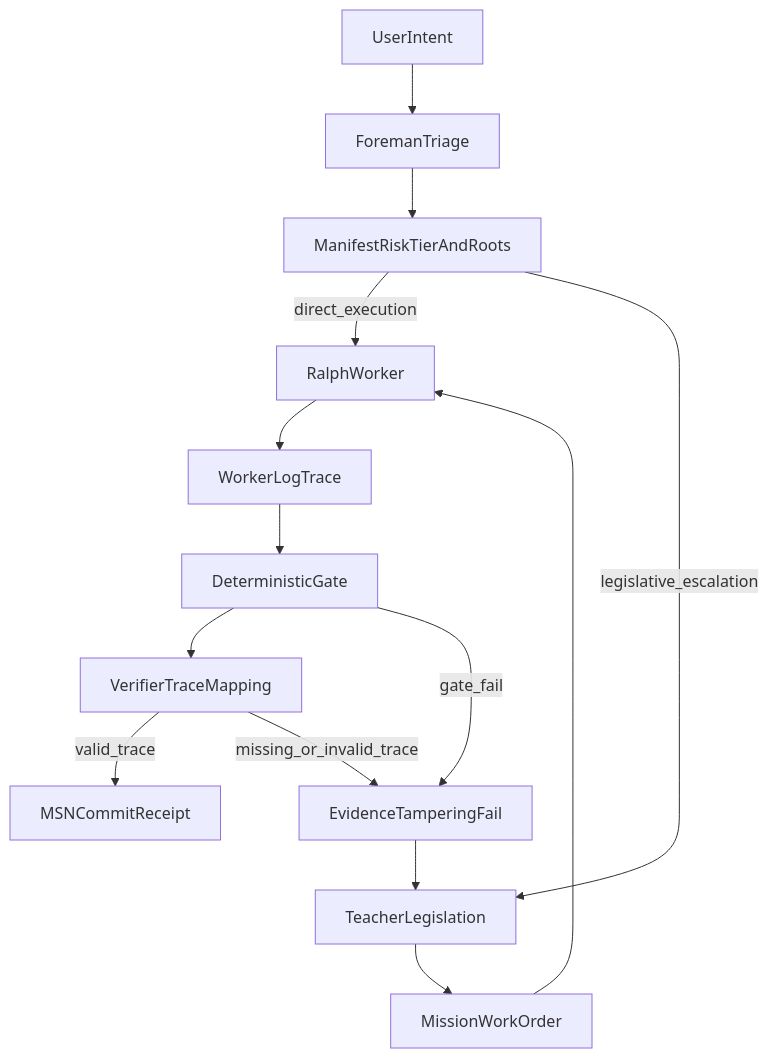
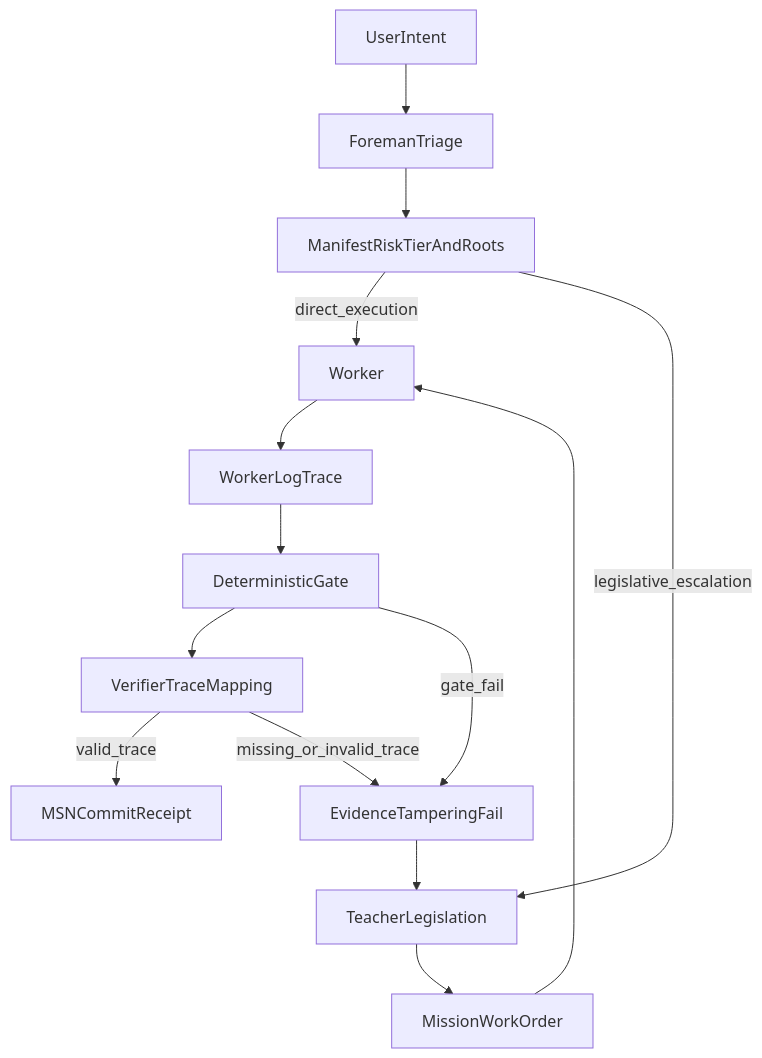
One commit to jeger-ai/opengantry changed the diagram in .gitagent/README.md. Above: the diagram before and after it, drawn with Mermaid. The commit also changed 36 other files, not shown here.

````diff
--- a/.gitagent/README.md
+++ b/.gitagent/README.md
@@ -41,16 +41,16 @@
 ```mermaid
 flowchart TD
   intent[UserIntent] --> foreman[ForemanTriage]
   foreman --> match[ManifestRiskTierAndRoots]
-  match -->|"direct_execution"| worker[RalphWorker]
+  match -->|"direct_execution"| worker[Worker]
   match -->|"legislative_escalation"| teacher[TeacherLegislation]
   teacher --> mission[MissionWorkOrder]
   mission --> worker
   worker --> logTrace[WorkerLogTrace]
   logTrace --> gate[DeterministicGate]
   gate --> verify[VerifierTraceMapping]
   verify -->|"valid_trace"| receipt[MSNCommitReceipt]
   verify -->|"missing_or_invalid_trace"| fail[EvidenceTamperingFail]
   gate -->|"gate_fail"| fail
   fail --> teacher
 ```
````
